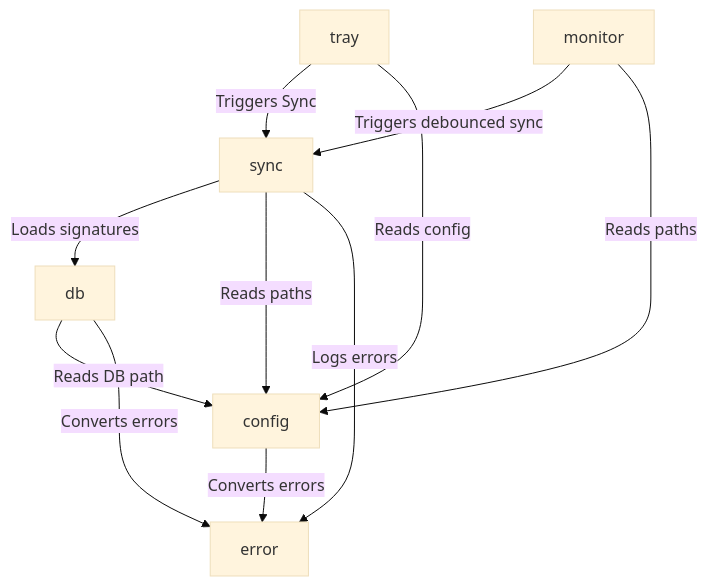
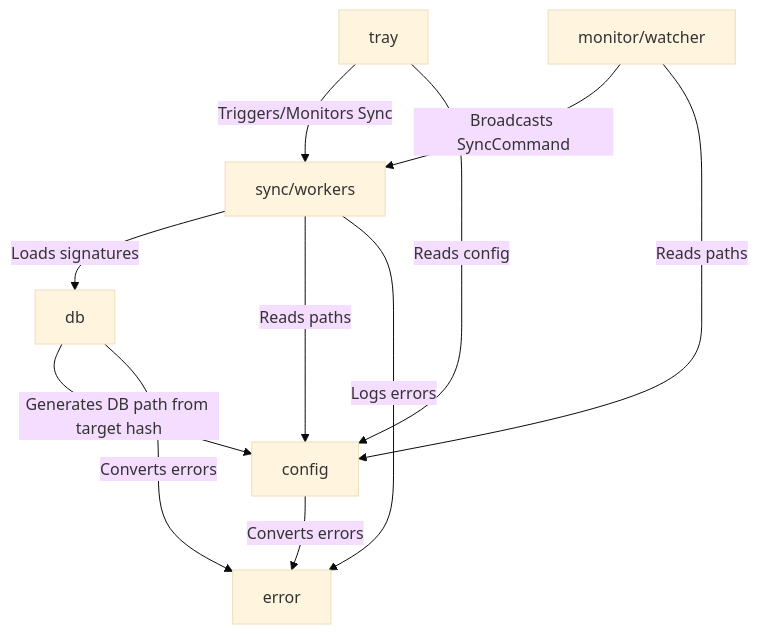
Before and after one commit to wends155/syncdir: the first of 3 diagrams in architecture.md, drawn with Mermaid (base theme). The commit also changed other lines of this file and 1 other file, not shown here.

Commit message:
docs: align architecture.md with multi-destination sync

````diff
--- a/architecture.md
+++ b/architecture.md
@@ -139,13 +139,13 @@
 ```mermaid
 graph TD
-    Tray[tray] -->|Triggers Sync| Sync[sync]
+    Tray[tray] -->|Triggers/Monitors Sync| Sync[sync/workers]
     Tray -->|Reads config| Config[config]
-    Monitor[monitor] -->|Triggers debounced sync| Sync
+    Monitor[monitor/watcher] -->|Broadcasts SyncCommand| Sync
     Monitor -->|Reads paths| Config
     Sync -->|Loads signatures| Db[db]
     Sync -->|Reads paths| Config
-    Db -->|Reads DB path| Config
+    Db -->|Generates DB path from target hash| Config
     Sync -->|Logs errors| Error[error]
     Db -->|Converts errors| Error
     Config -->|Converts errors| Error
 ```
````
